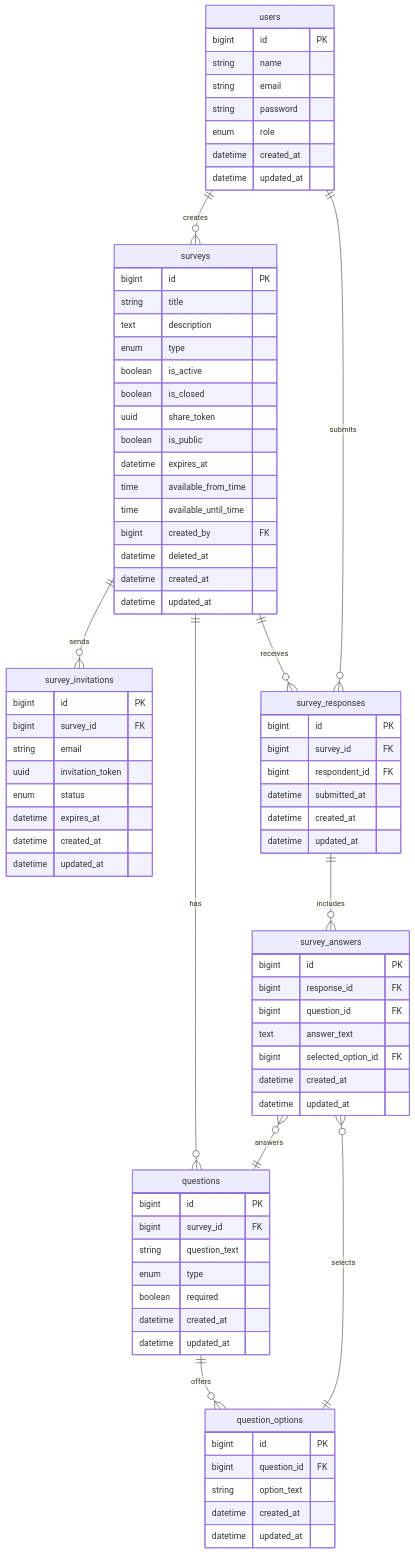
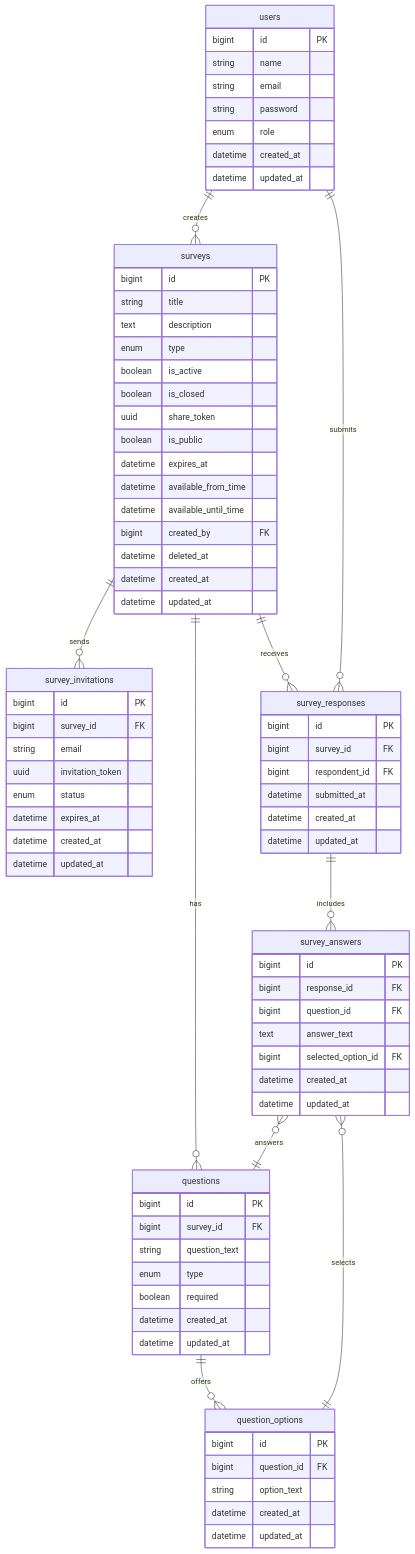
Before and after one commit to Ulvy156/survey-app-laravel: the diagram in docs/PROJECT_DOCUMENTATION.md, drawn with Mermaid. The commit also changed other lines of this file and 12 other files, not shown here.

```diff
--- a/docs/PROJECT_DOCUMENTATION.md
+++ b/docs/PROJECT_DOCUMENTATION.md
@@ -207,8 +209,8 @@
         uuid share_token
         boolean is_public
         datetime expires_at
-        time available_from_time
-        time available_until_time
+        datetime available_from_time
+        datetime available_until_time
         bigint created_by FK
         datetime deleted_at
         datetime created_at
```
